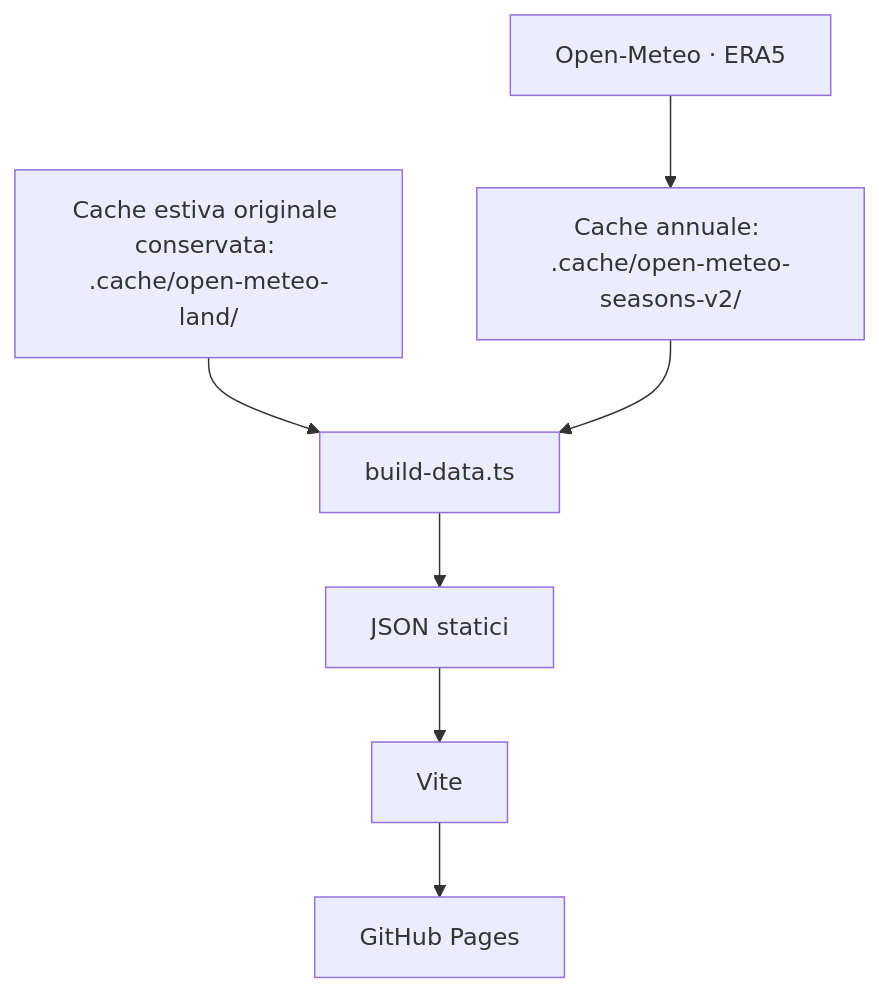
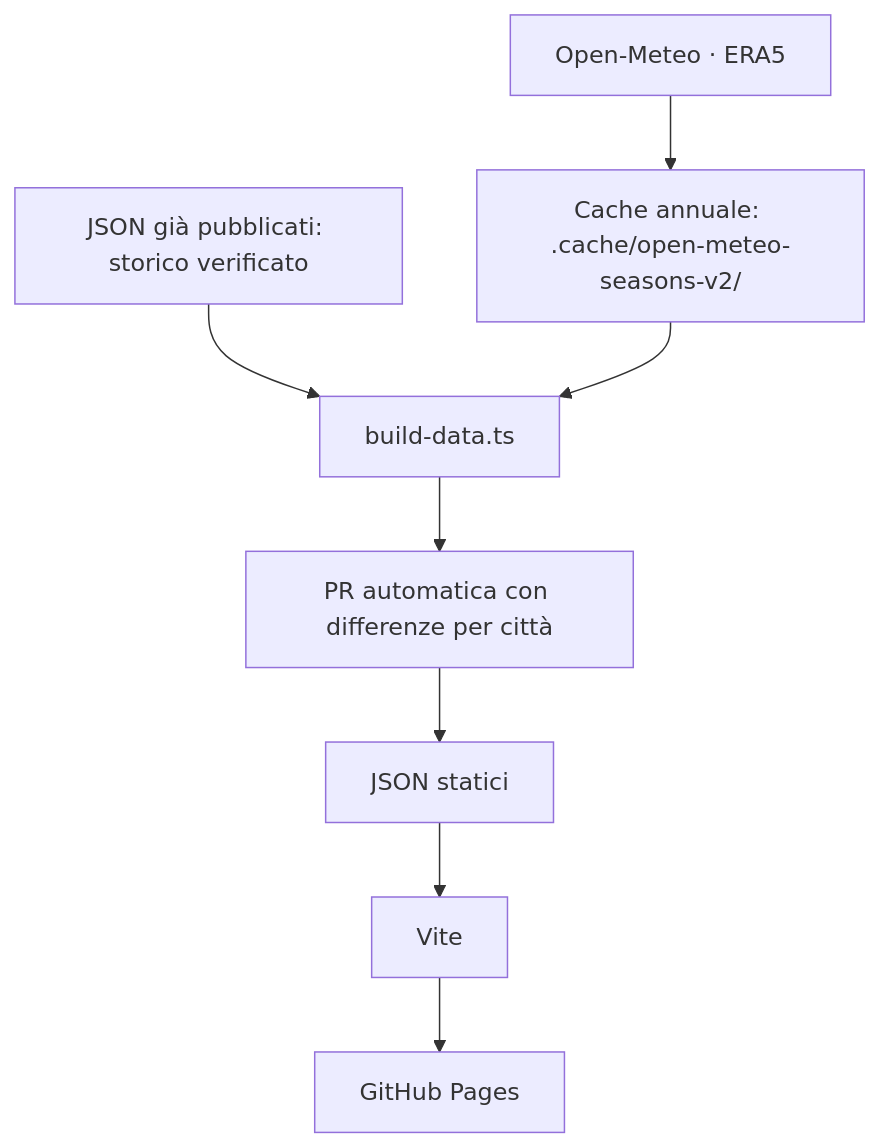
Before and after one commit to giubud/comera-il-clima: the diagram in README.md, drawn with Mermaid. The commit also changed other lines of this file and 49 other files, not shown here.

````diff
--- a/README.md
+++ b/README.md
@@ -17,9 +17,10 @@
 ```mermaid
 flowchart TD
     OpenMeteo["Open-Meteo · ERA5"] --> Cache["Cache annuale: .cache/open-meteo-seasons-v2/"]
-    Estati["Cache estiva originale conservata: .cache/open-meteo-land/"] --> BuildData
+    Storico["JSON già pubblicati: storico verificato"] --> BuildData
     Cache --> BuildData["build-data.ts"]
-    BuildData --> JSON["JSON statici"]
+    BuildData --> PR["PR automatica con differenze per città"]
+    PR --> JSON["JSON statici"]
     JSON --> Vite["Vite"]
     Vite --> Pages["GitHub Pages"]
 ```
````
